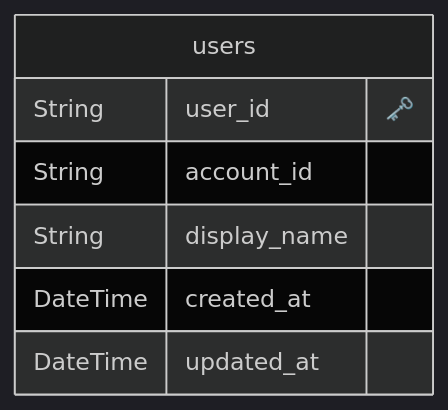
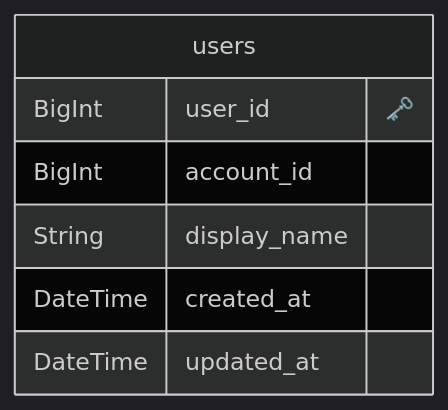
Before and after one commit to Geek-Teck-Mentors/trend_diary: the diagram in prisma/ERD.md, drawn with Mermaid (dark theme). The commit also changed 4 other files, not shown here.

````diff
--- a/prisma/ERD.md
+++ b/prisma/ERD.md
@@ -1,12 +1,12 @@
 ```mermaid
 erDiagram
 
   "users" {
-    String user_id "🗝️"
-    String account_id 
+    BigInt user_id "🗝️"
+    BigInt account_id 
     String display_name 
     DateTime created_at 
     DateTime updated_at 
     }
   
 ```
````
